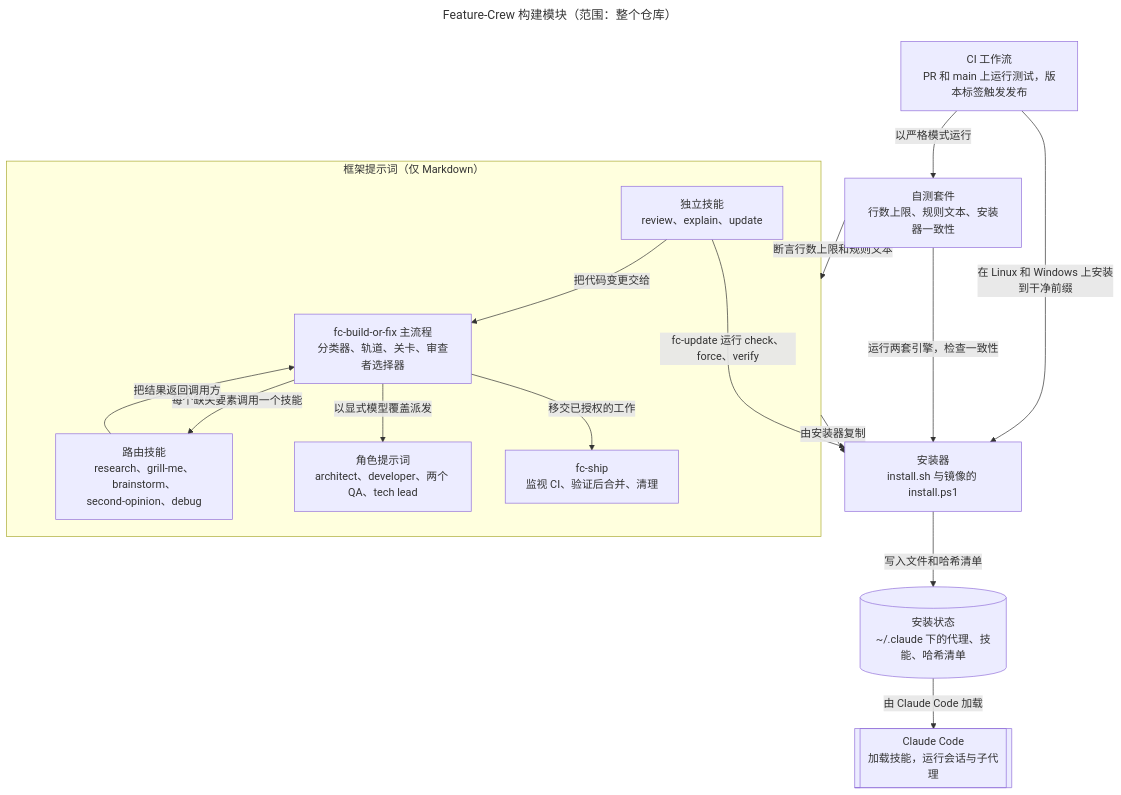
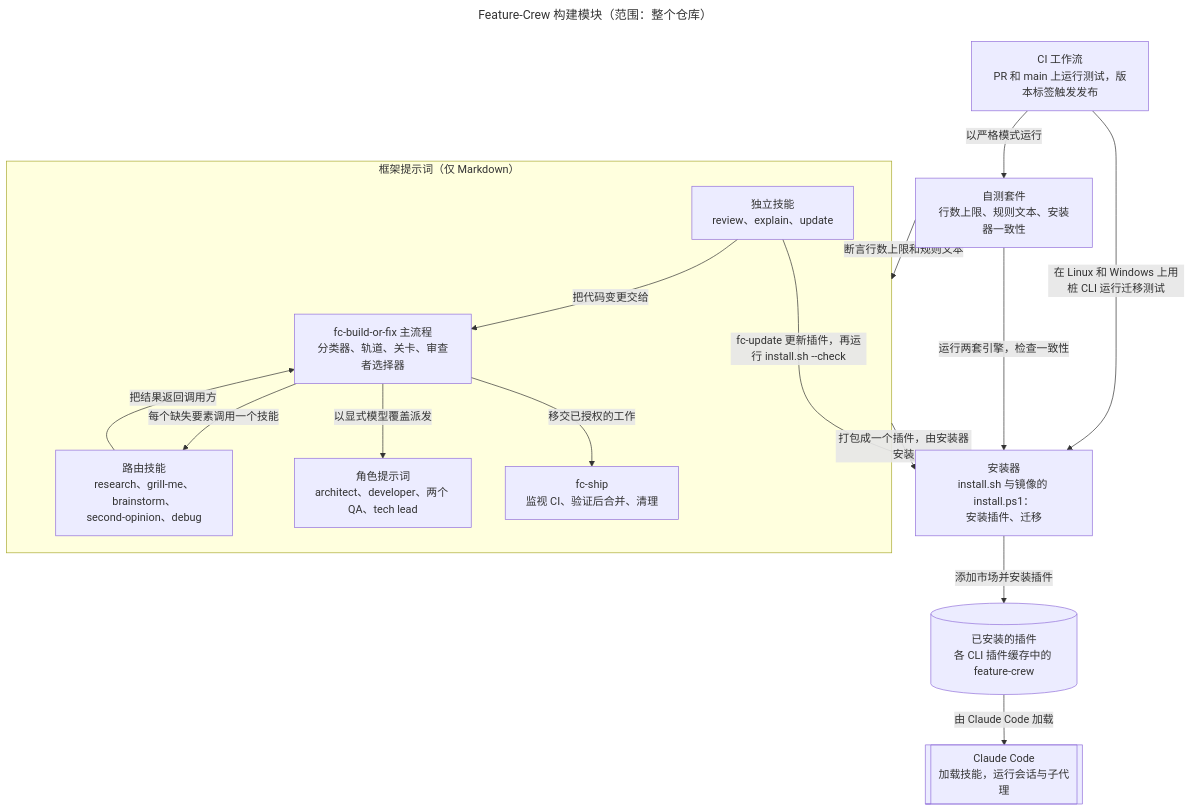
The first of 2 diagrams in wiki/Architecture-zh-CN.md (D0n9X1n/feature-crew), drawn with Mermaid before and after one commit. The commit also changed other lines of this file and 42 other files, not shown here.

First line of the commit message:
feat!: ship Feature-Crew as one plugin for Claude Code and GitHub Copilot CLI (#63)

````diff
--- a/wiki/Architecture-zh-CN.md
+++ b/wiki/Architecture-zh-CN.md
@@ -11,32 +11,32 @@
 ```mermaid
 ---
 title: "Feature-Crew 构建模块（范围：整个仓库）"
 ---
 flowchart TB
     ci["CI 工作流<br/>PR 和 main 上运行测试，版本标签触发发布"]
     suite["自测套件<br/>行数上限、规则文本、安装器一致性"]
     subgraph fw ["框架提示词（仅 Markdown）"]
         other["独立技能<br/>review、explain、update"]
         bof["fc-build-or-fix 主流程<br/>分类器、轨道、关卡、审查者选择器"]
         routed["路由技能<br/>research、grill-me、brainstorm、<br/>second-opinion、debug"]
         roles["角色提示词<br/>architect、developer、两个 QA、tech lead"]
         ship["fc-ship<br/>监视 CI、验证后合并、清理"]
     end
-    inst["安装器<br/>install.sh 与镜像的 install.ps1"]
-    home[("安装状态<br/>~/.claude 下的代理、技能、哈希清单")]
+    inst["安装器<br/>install.sh 与镜像的 install.ps1：<br/>安装插件、迁移"]
+    home[("已安装的插件<br/>各 CLI 插件缓存中的 feature-crew")]
     cc[["Claude Code<br/>加载技能，运行会话与子代理"]]
 
     ci -->|以严格模式运行| suite
-    ci -->|在 Linux 和 Windows 上安装到干净前缀| inst
+    ci -->|在 Linux 和 Windows 上用桩 CLI 运行迁移测试| inst
     suite -->|断言行数上限和规则文本| fw
     suite -->|运行两套引擎，检查一致性| inst
     other -->|把代码变更交给| bof
-    other -->|fc-update 运行 check、force、verify| inst
+    other -->|fc-update 更新插件，再运行 install.sh --check| inst
     bof -->|每个缺失要素调用一个技能| routed
     routed -->|把结果返回调用方| bof
     bof -->|以显式模型覆盖派发| roles
     bof -->|移交已授权的工作| ship
-    fw -->|由安装器复制| inst
-    inst -->|写入文件和哈希清单| home
+    fw -->|打包成一个插件，由安装器安装| inst
+    inst -->|添加市场并安装插件| home
     home -->|由 Claude Code 加载| cc
 ```
````
